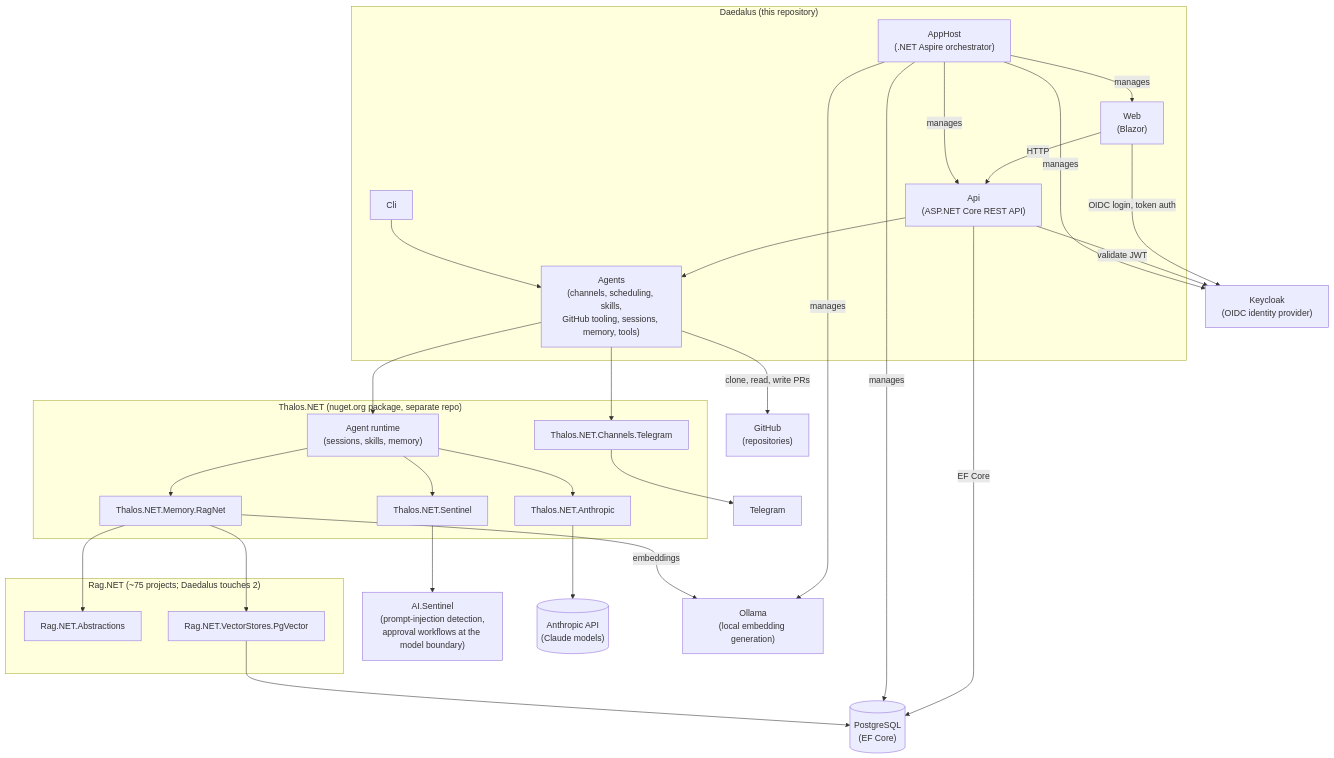
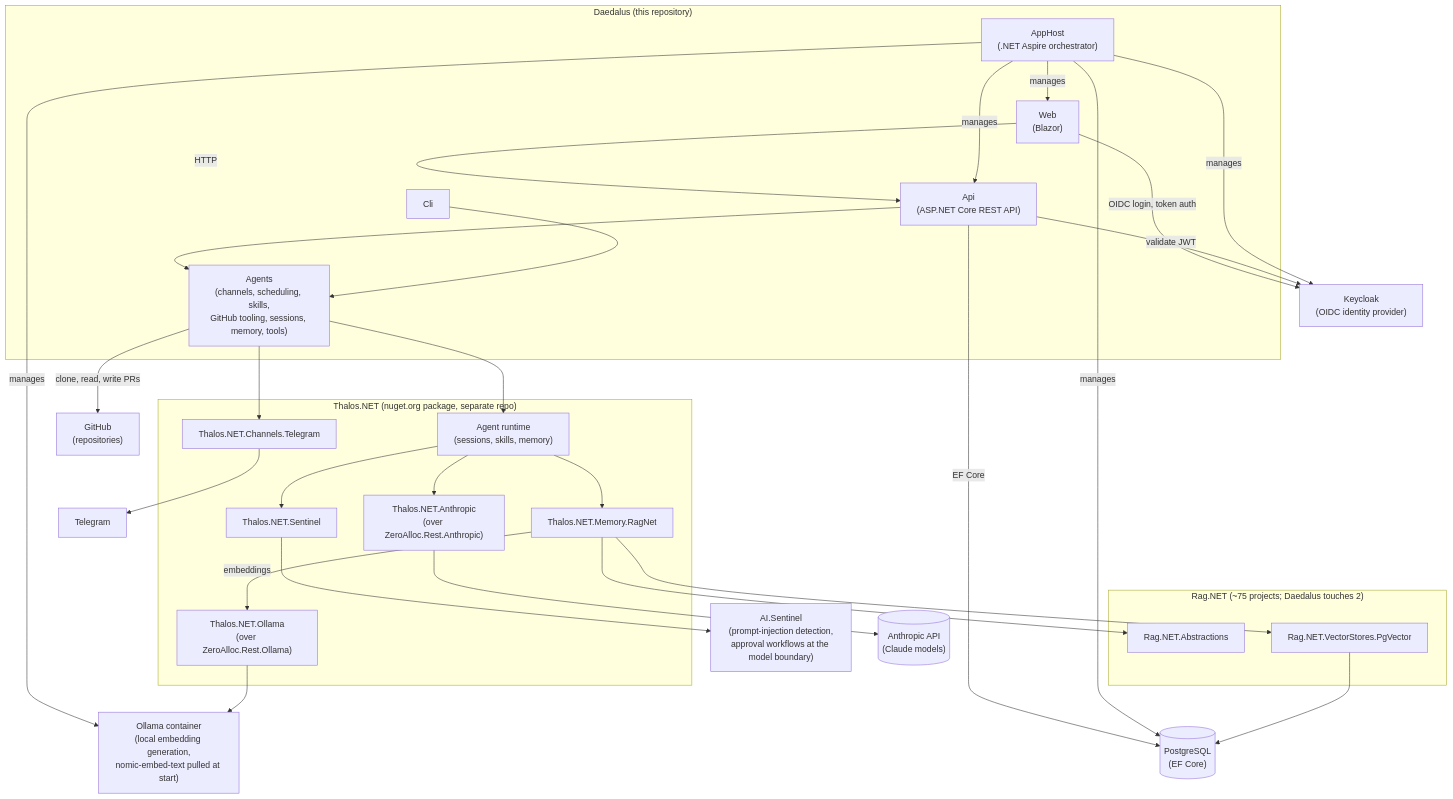
The first of 23 diagrams in docs/architecture-diagrams.md (MarcelRoozekrans/Daedalus.NET), drawn with Mermaid before and after one commit. The commit also changed other lines of this file and 33 other files, not shown here.

First line of the commit message:
refactor: own Anthropic and Ollama clients via Thalos 0.20.0 (#424)

````diff
--- a/docs/architecture-diagrams.md
+++ b/docs/architecture-diagrams.md
@@ -23,60 +25,62 @@
 ```mermaid
 graph TB
     subgraph "Daedalus (this repository)"
         Web["Web<br/>(Blazor)"]
         Api["Api<br/>(ASP.NET Core REST API)"]
         Cli["Cli"]
         Agents["Agents<br/>(channels, scheduling, skills,<br/>GitHub tooling, sessions, memory, tools)"]
         AppHost["AppHost<br/>(.NET Aspire orchestrator)"]
     end
 
     subgraph "Thalos.NET (nuget.org package, separate repo)"
         Runtime["Agent runtime<br/>(sessions, skills, memory)"]
-        ThalosAnthropic["Thalos.NET.Anthropic"]
+        ThalosAnthropic["Thalos.NET.Anthropic<br/>(over ZeroAlloc.Rest.Anthropic)"]
+        ThalosOllama["Thalos.NET.Ollama<br/>(over ZeroAlloc.Rest.Ollama)"]
         ThalosSentinel["Thalos.NET.Sentinel"]
         ThalosMemoryRagNet["Thalos.NET.Memory.RagNet"]
         ThalosTelegram["Thalos.NET.Channels.Telegram"]
     end
 
     Sentinel["AI.Sentinel<br/>(prompt-injection detection,<br/>approval workflows at the model boundary)"]
 
     subgraph "Rag.NET (~75 projects; Daedalus touches 2)"
         RagAbstractions["Rag.NET.Abstractions"]
         RagPgVector["Rag.NET.VectorStores.PgVector"]
     end
 
     AnthropicApi[("Anthropic API<br/>(Claude models)")]
     Postgres[("PostgreSQL<br/>(EF Core)")]
     Keycloak["Keycloak<br/>(OIDC identity provider)"]
-    Ollama["Ollama<br/>(local embedding generation)"]
+    Ollama["Ollama container<br/>(local embedding generation,<br/>nomic-embed-text pulled at start)"]
     GitHub["GitHub<br/>(repositories)"]
     Telegram["Telegram"]
 
     Web -->|HTTP| Api
     Web -->|OIDC login, token auth| Keycloak
     Api -->|EF Core| Postgres
     Api -->|validate JWT| Keycloak
     Api --> Agents
     Cli --> Agents
 
     AppHost -->|manages| Web
     AppHost -->|manages| Api
     AppHost -->|manages| Postgres
     AppHost -->|manages| Keycloak
     AppHost -->|manages| Ollama
 
     Agents --> Runtime
     Agents -->|clone, read, write PRs| GitHub
     Agents --> ThalosTelegram
     Runtime --> ThalosAnthropic
     Runtime --> ThalosSentinel
     Runtime --> ThalosMemoryRagNet
 
     ThalosAnthropic --> AnthropicApi
     ThalosSentinel --> Sentinel
     ThalosMemoryRagNet --> RagAbstractions
     ThalosMemoryRagNet --> RagPgVector
-    ThalosMemoryRagNet -->|embeddings| Ollama
+    ThalosMemoryRagNet -->|embeddings| ThalosOllama
+    ThalosOllama --> Ollama
     RagPgVector --> Postgres
     ThalosTelegram --> Telegram
 ```
````
